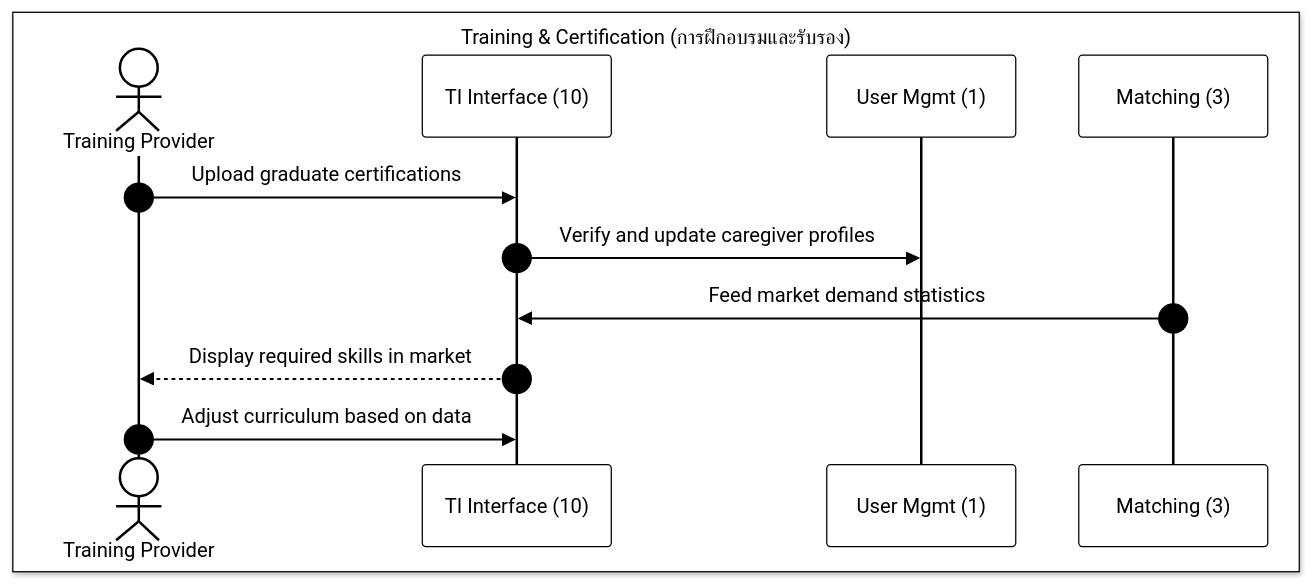
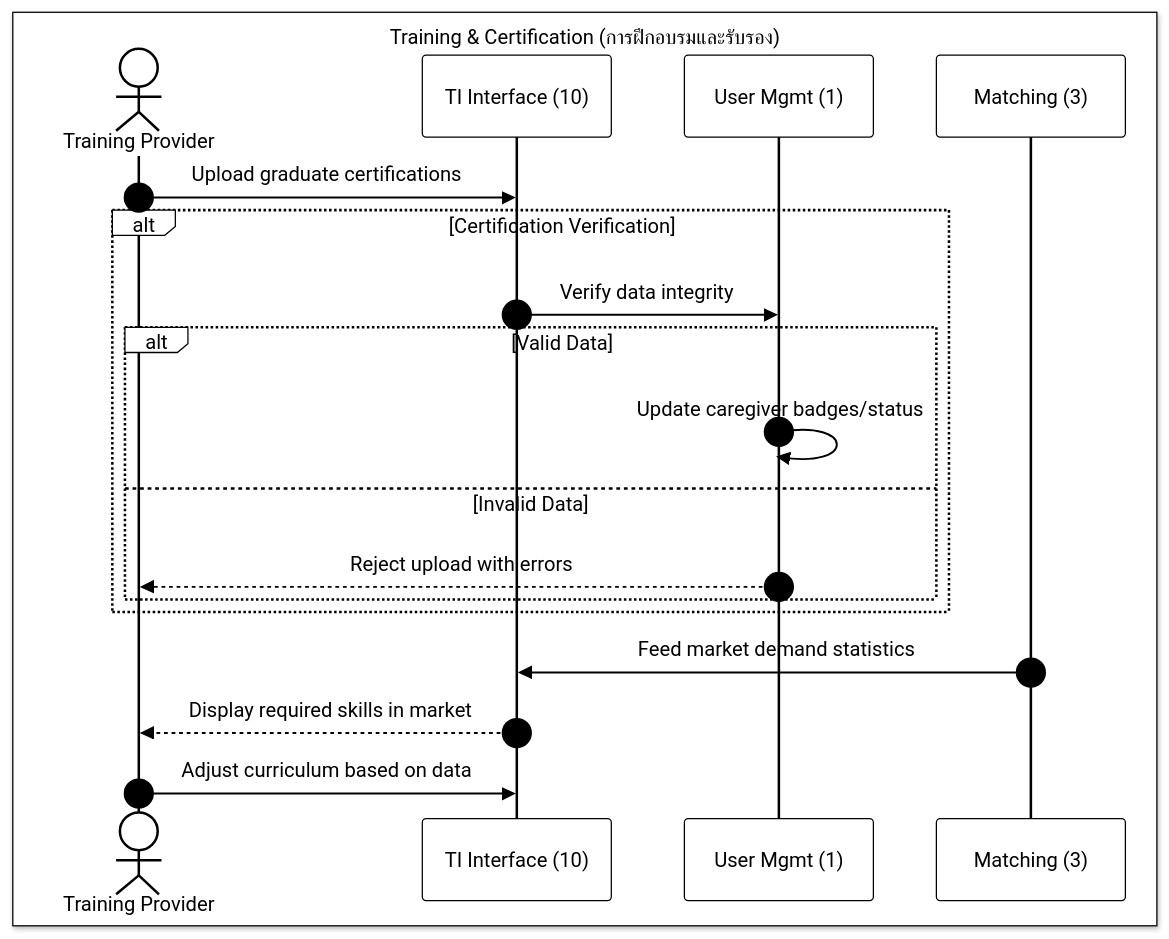
One commit to warattapobwaiarsa/CareDee_Project_Doc changed the sixth of 6 diagrams in workflow/WORKFLOW.md. Above: the diagram before and after it, drawn with Mermaid. The commit also changed other lines of this file and 6 other files, not shown here.

````diff
--- a/workflow/WORKFLOW.md
+++ b/workflow/WORKFLOW.md
@@ -253,18 +282,25 @@
 ```mermaid
 %%{init: { 'theme': 'base', 'themeVariables': { 'darkMode': false, 'background': '#ffffff', 'mainBkg': '#ffffff', 'primaryColor': '#ffffff', 'primaryTextColor': '#000000', 'primaryBorderColor': '#000000', 'lineColor': '#000000', 'secondaryColor': '#ffffff', 'tertiaryColor': '#ffffff', 'actorBkg': '#ffffff', 'actorTextColor': '#000000', 'actorLineColor': '#000000', 'participantBkg': '#ffffff', 'participantTextColor': '#000000', 'participantBorderColor': '#000000', 'signalColor': '#000000', 'signalTextColor': '#000000', 'labelTextColor': '#000000', 'loopTextColor': '#000000', 'noteBkgColor': '#ffffff', 'noteTextColor': '#000000', 'activationBkgColor': '#ffffff', 'activationBorderColor': '#000000', 'sequenceNumberColor': '#000000' }, 'themeCSS': 'svg { background-color: white !important; background: white !important; } rect, circle, path, line, polygon, .labelBox, .cluster rect, .actor, .participant, .note, .activation { fill: white !important; stroke: black !important; stroke-width: 2px !important; } text, tspan, .loopText, .messageText, .noteText, .sequenceNumber { fill: black !important; color: black !important; font-weight: bold !important; font-size: 14px !important; } .cluster rect { stroke-dasharray: 0 !important; }' } }%%
 sequenceDiagram
     autonumber
 
     box white Training & Certification (การฝึกอบรมและรับรอง)
         actor TI as Training Provider
         participant TI_Int as TI Interface (10)
         participant UM as User Mgmt (1)
         participant MT as Matching (3)
     end
 
     TI->>TI_Int: Upload graduate certifications
-    TI_Int->>UM: Verify and update caregiver profiles
+    alt Certification Verification
+        TI_Int->>UM: Verify data integrity
+        alt Valid Data
+            UM->>UM: Update caregiver badges/status
+        else Invalid Data
+            UM-->>TI: Reject upload with errors
+        end
+    end
     MT->>TI_Int: Feed market demand statistics
     TI_Int-->>TI: Display required skills in market
     TI->>TI_Int: Adjust curriculum based on data
 ```
````
